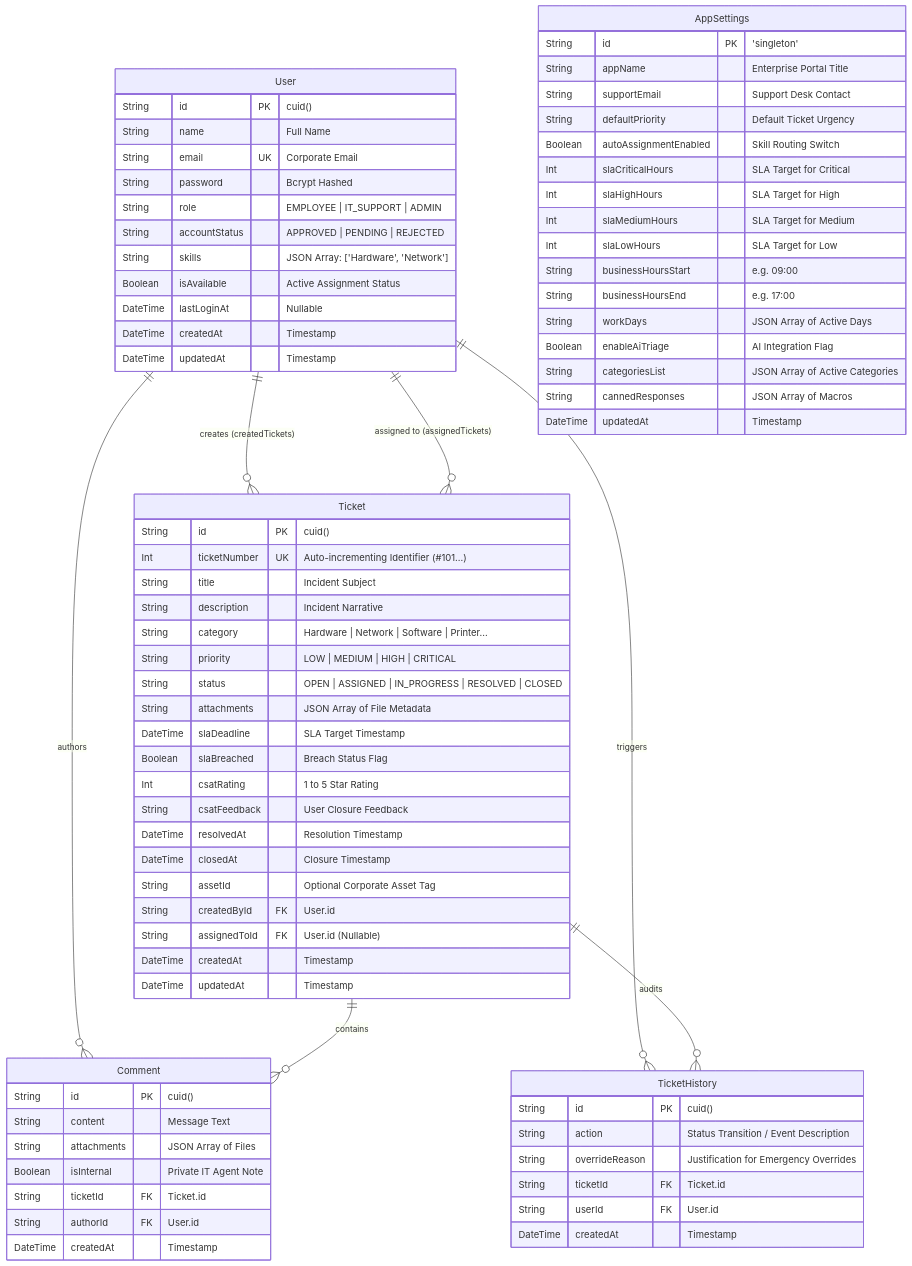
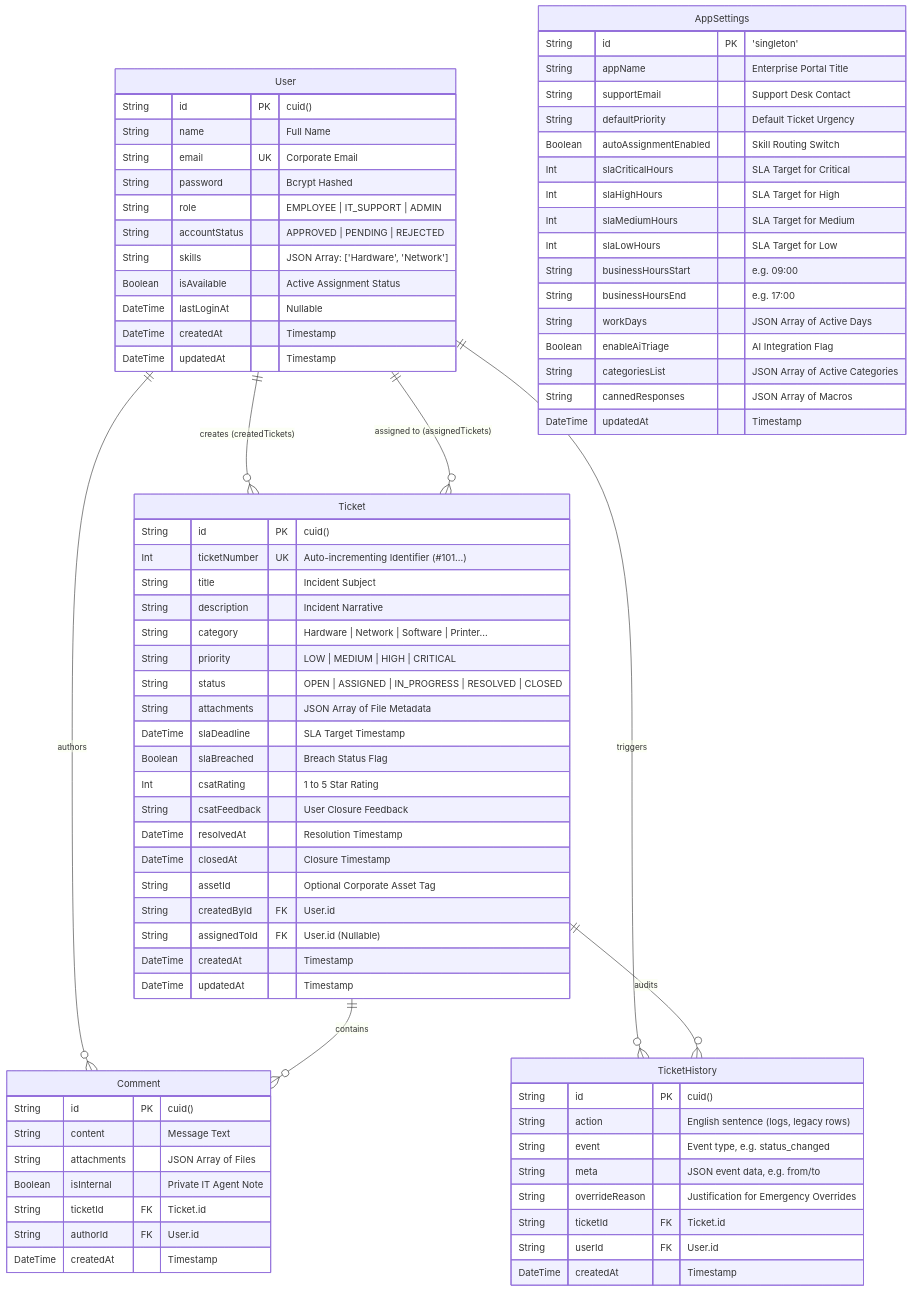
Before and after one commit to yazan-ship-it/smart-helpdesk: the diagram in README.md, drawn with Mermaid. The commit also changed other lines of this file, not shown here.

```diff
--- a/README.md
+++ b/README.md
@@ -115,7 +115,9 @@
 
     TicketHistory {
         String id PK "cuid()"
-        String action "Status Transition / Event Description"
+        String action "English sentence (logs, legacy rows)"
+        String event "Event type, e.g. status_changed"
+        String meta "JSON event data, e.g. from/to"
         String overrideReason "Justification for Emergency Overrides"
         String ticketId FK "Ticket.id"
         String userId FK "User.id"
```
